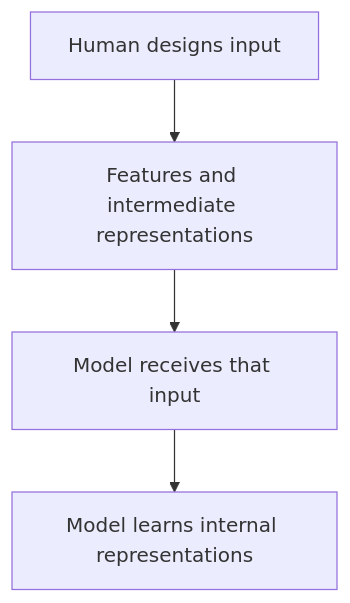
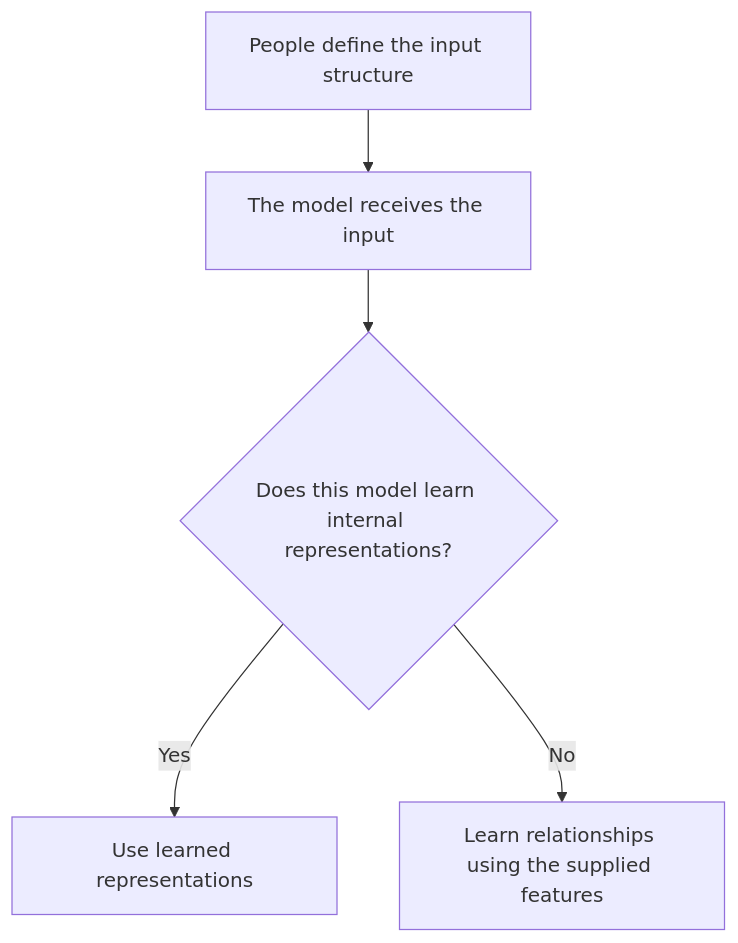
One commit to devchan64/AiBook changed the diagram in docs/assets/part-03/chapter-06/p3-6-3-mermaid-01-en.mmd. Above: the diagram before and after it, drawn with Mermaid. The commit also changed 216 other files, not shown here.

Commit message:
Review Part 3 explanations and improve diagram readability

````diff
--- a/docs/assets/part-03/chapter-06/p3-6-3-mermaid-01-en.mmd
+++ b/docs/assets/part-03/chapter-06/p3-6-3-mermaid-01-en.mmd
@@ -1,9 +1,7 @@
 ```mermaid
 flowchart TD
-    H[Human designs input]
-    F[Features and intermediate representations]
-    M[Model receives that input]
-    R[Model learns internal representations]
-
-    H --> F --> M --> R
+    H[People define the input structure] --> M[The model receives the input]
+    M --> Q{Does this model learn internal representations?}
+    Q -->|Yes| R[Use learned representations]
+    Q -->|No| F[Learn relationships using the supplied features]
 ```
````
